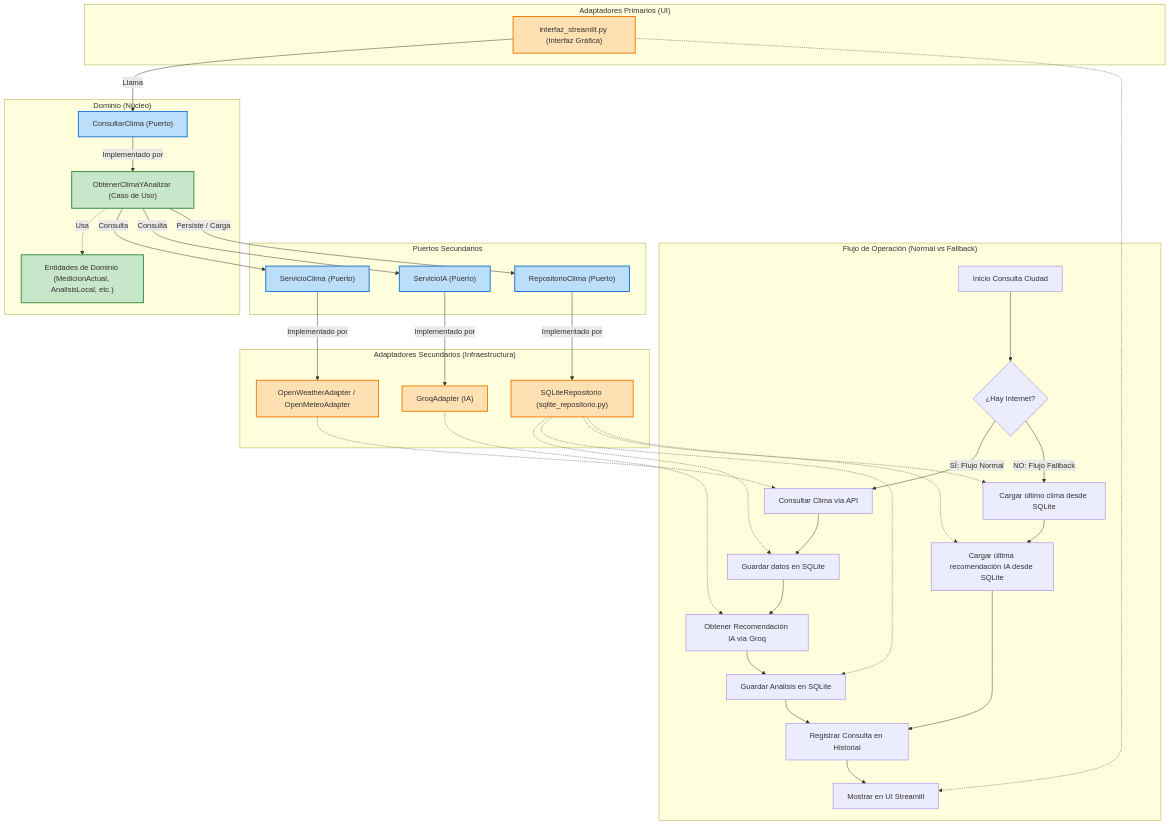
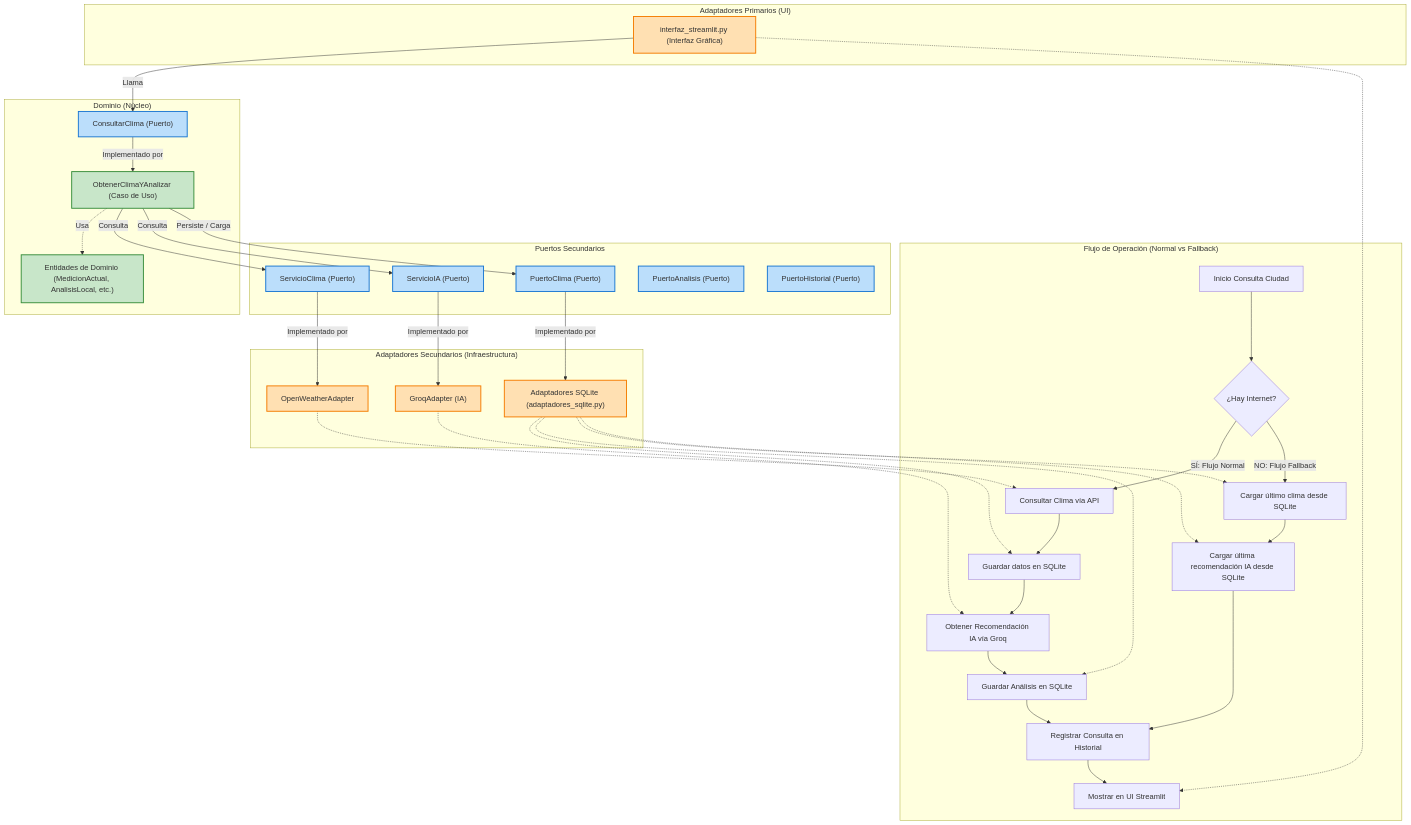
The diagram in README.md (elkvill/Sistema-agr-cola-de-clima), drawn with Mermaid before and after one commit. The commit also changed other lines of this file and 13 other files, not shown here.

````diff
--- a/README.md
+++ b/README.md
@@ -47,70 +48,72 @@
 ```mermaid
 graph TD
     %% Estilos de Nodos
     classDef domain fill:#c8e6c9,stroke:#388e3c,stroke-width:2px;
     classDef port fill:#bbdefb,stroke:#1976d2,stroke-width:2px;
     classDef infra fill:#ffe0b2,stroke:#f57c00,stroke-width:2px;
 
     subgraph Capa_Adaptadores_Primarios["Adaptadores Primarios (UI)"]
         UI["interfaz_streamlit.py (Interfaz Gráfica)"]:::infra
     end
 
     subgraph Hexagono_Dominio["Dominio (Núcleo)"]
         PUERTO_PRIMARIO["ConsultarClima (Puerto)"]:::port
         UC["ObtenerClimaYAnalizar (Caso de Uso)"]:::domain
         ENTIDADES["Entidades de Dominio (MedicionActual, AnalisisLocal, etc.)"]:::domain
     end
 
     subgraph Puertos_Secundarios["Puertos Secundarios"]
         P_CLIMA["ServicioClima (Puerto)"]:::port
         P_IA["ServicioIA (Puerto)"]:::port
-        P_REPO["RepositorioClima (Puerto)"]:::port
+        P_REPO["PuertoClima (Puerto)"]:::port
+        P_ANALISIS["PuertoAnalisis (Puerto)"]:::port
+        P_HIST["PuertoHistorial (Puerto)"]:::port
     end
 
     subgraph Capa_Adaptadores_Secundarios["Adaptadores Secundarios (Infraestructura)"]
-        API_CLIMA["OpenWeatherAdapter / OpenMeteoAdapter"]:::infra
+        API_CLIMA["OpenWeatherAdapter"]:::infra
         API_IA["GroqAdapter (IA)"]:::infra
-        SQLITE["SQLiteRepositorio (sqlite_repositorio.py)"]:::infra
+        SQLITE["Adaptadores SQLite (adaptadores_sqlite.py)"]:::infra
     end
 
     %% Relaciones de Dependencia y Flujo
     UI -->|Llama| PUERTO_PRIMARIO
     PUERTO_PRIMARIO -->|Implementado por| UC
     UC -.->|Usa| ENTIDADES
 
     UC -->|Consulta| P_CLIMA
     UC -->|Consulta| P_IA
     UC -->|Persiste / Carga| P_REPO
 
     P_CLIMA -->|Implementado por| API_CLIMA
     P_IA -->|Implementado por| API_IA
     P_REPO -->|Implementado por| SQLITE
 
     %% Subdiagrama de Flujos (Normal vs Fallback)
     subgraph Flujo_Normal_vs_Fallback["Flujo de Operación (Normal vs Fallback)"]
         A[Inicio Consulta Ciudad] --> B{¿Hay Internet?}
         
         %% Flujo Normal
         B -->|SÍ: Flujo Normal| C[Consultar Clima vía API]
         C --> D[Guardar datos en SQLite]
         D --> E[Obtener Recomendación IA vía Groq]
         E --> F[Guardar Análisis en SQLite]
         F --> G[Registrar Consulta en Historial]
         
         %% Flujo Fallback
         B -->|NO: Flujo Fallback| H[Cargar último clima desde SQLite]
         H --> I[Cargar última recomendación IA desde SQLite]
         I --> G
         
         G --> J[Mostrar en UI Streamlit]
     end
 
     %% Enlaces visuales
     API_CLIMA -.-> C
     SQLITE -.-> D
     API_IA -.-> E
     SQLITE -.-> F
     SQLITE -.-> H
     SQLITE -.-> I
     UI -.-> J
 ```
````
